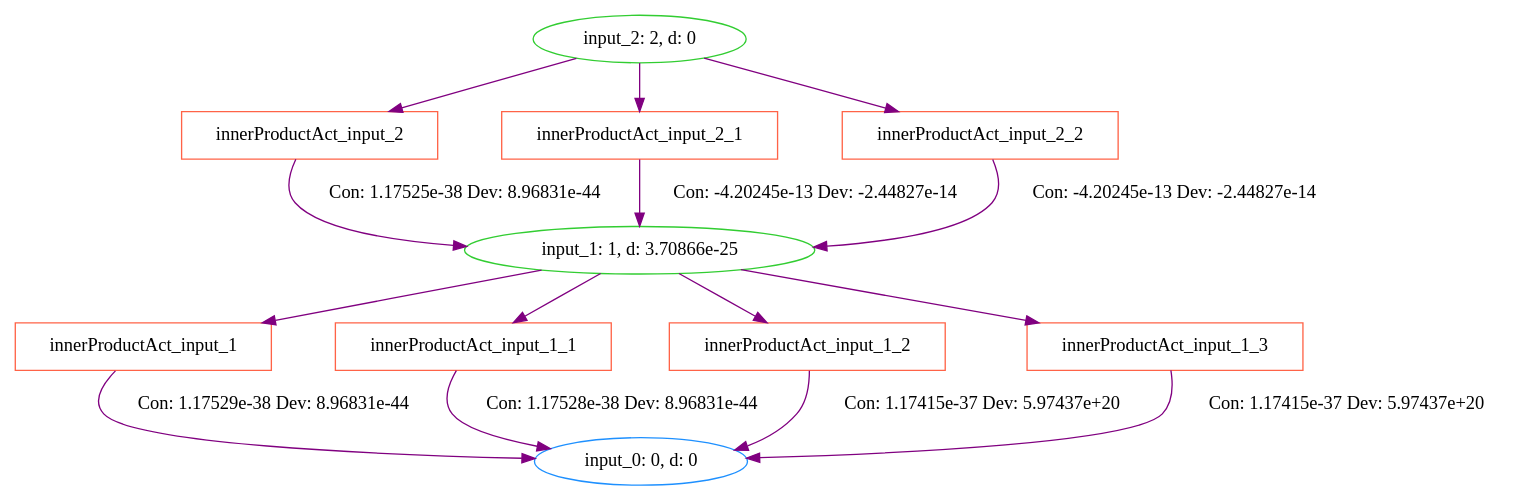
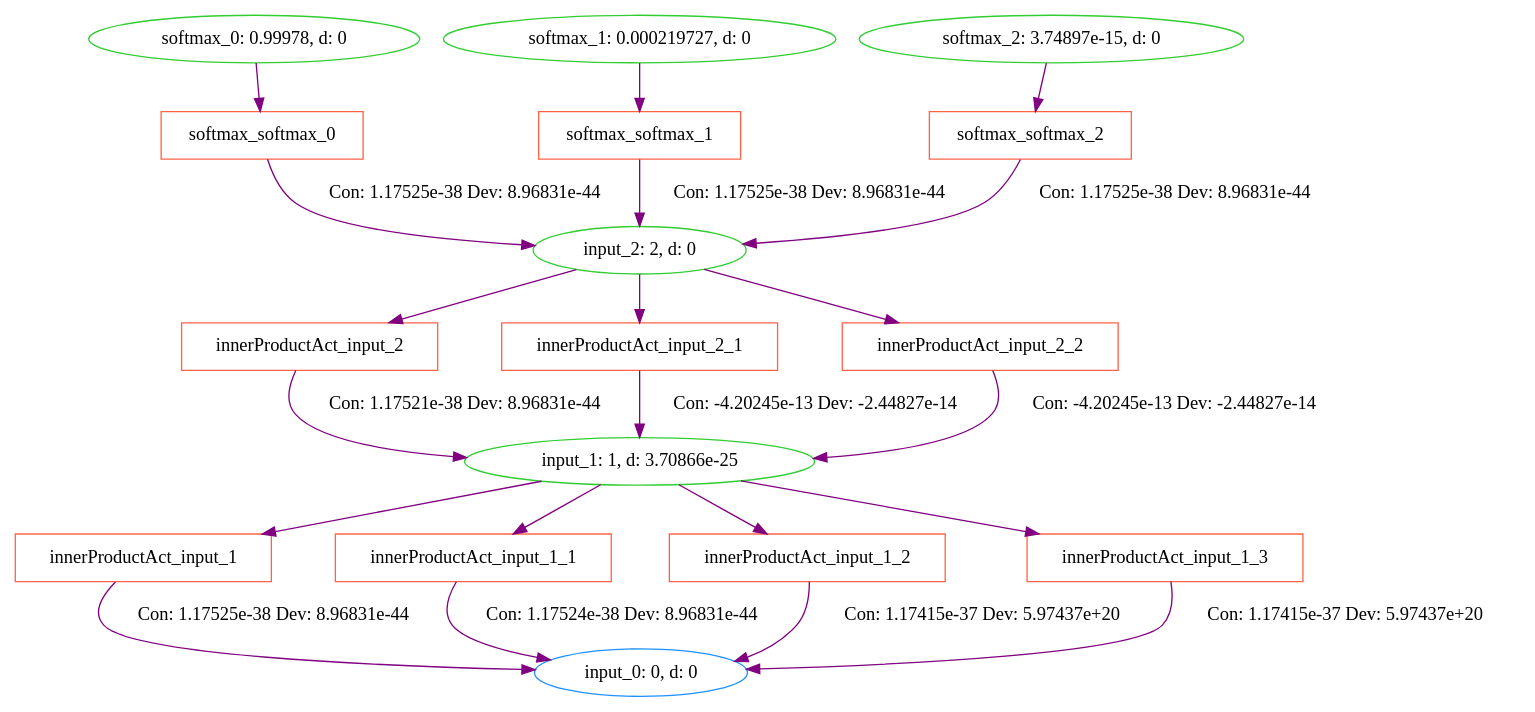
The diagram in data/iris/cprov/test2.dot (milliondegree/PXAI), drawn with Graphviz before and after one commit. The commit also changed 13 other files, not shown here.

```diff
--- a/data/iris/cprov/test2.dot
+++ b/data/iris/cprov/test2.dot
@@ -1,40 +1,58 @@
 digraph G {
 0 [label="input_0: 0, d: 0", shape=oval, color=dodgerblue];
 1 [label="input_1: 1, d: 3.70866e-25", shape=oval, color=limegreen];
 2 [label="innerProductAct_input_1", shape=box, color=tomato];
 3 [label="innerProductAct_input_1_1", shape=box, color=tomato];
 4 [label="innerProductAct_input_1_2", shape=box, color=tomato];
 5 [label="innerProductAct_input_1_3", shape=box, color=tomato];
 6 [label="input_2: 2, d: 0", shape=oval, color=limegreen];
 7 [label="innerProductAct_input_2", shape=box, color=tomato];
 8 [label="innerProductAct_input_2_1", shape=box, color=tomato];
 9 [label="innerProductAct_input_2_2", shape=box, color=tomato];
+10 [label="softmax_0: 0.99978, d: 0", shape=oval, color=limegreen];
+11 [label="softmax_softmax_0", shape=box, color=tomato];
+12 [label="softmax_1: 0.000219727, d: 0", shape=oval, color=limegreen];
+13 [label="softmax_softmax_1", shape=box, color=tomato];
+14 [label="softmax_2: 3.74897e-15, d: 0", shape=oval, color=limegreen];
+15 [label="softmax_softmax_2", shape=box, color=tomato];
 1->2  [color=purple]
  [label=""];
 2->0  [color=purple]
- [label="Con: 1.17529e-38 Dev: 8.96831e-44"];
+ [label="Con: 1.17525e-38 Dev: 8.96831e-44"];
 1->3  [color=purple]
  [label=""];
 3->0  [color=purple]
- [label="Con: 1.17528e-38 Dev: 8.96831e-44"];
+ [label="Con: 1.17524e-38 Dev: 8.96831e-44"];
 1->4  [color=purple]
  [label=""];
 4->0  [color=purple]
  [label="Con: 1.17415e-37 Dev: 5.97437e+20"];
 1->5  [color=purple]
  [label=""];
 5->0  [color=purple]
  [label="Con: 1.17415e-37 Dev: 5.97437e+20"];
 6->7  [color=purple]
  [label=""];
 7->1  [color=purple]
- [label="Con: 1.17525e-38 Dev: 8.96831e-44"];
+ [label="Con: 1.17521e-38 Dev: 8.96831e-44"];
 6->8  [color=purple]
  [label=""];
 8->1  [color=purple]
  [label="Con: -4.20245e-13 Dev: -2.44827e-14"];
 6->9  [color=purple]
  [label=""];
 9->1  [color=purple]
  [label="Con: -4.20245e-13 Dev: -2.44827e-14"];
+10->11  [color=purple]
+ [label=""];
+11->6  [color=purple]
+ [label="Con: 1.17525e-38 Dev: 8.96831e-44"];
+12->13  [color=purple]
+ [label=""];
+13->6  [color=purple]
+ [label="Con: 1.17525e-38 Dev: 8.96831e-44"];
+14->15  [color=purple]
+ [label=""];
+15->6  [color=purple]
+ [label="Con: 1.17525e-38 Dev: 8.96831e-44"];
 }
```
